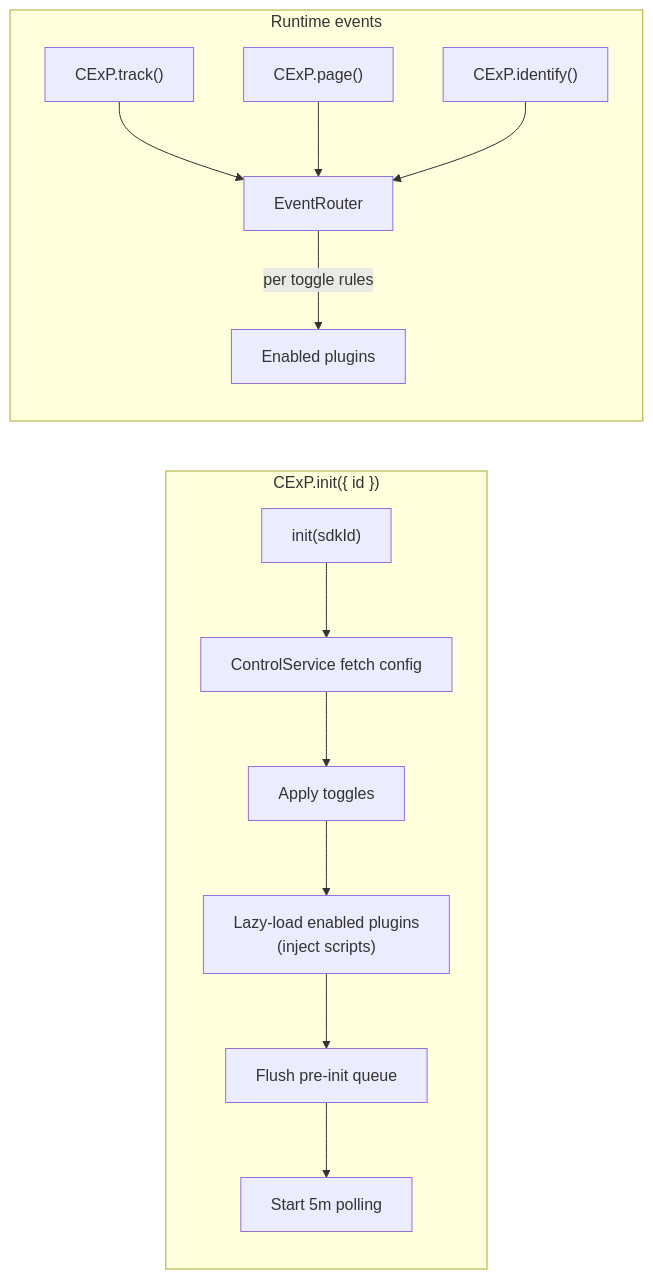
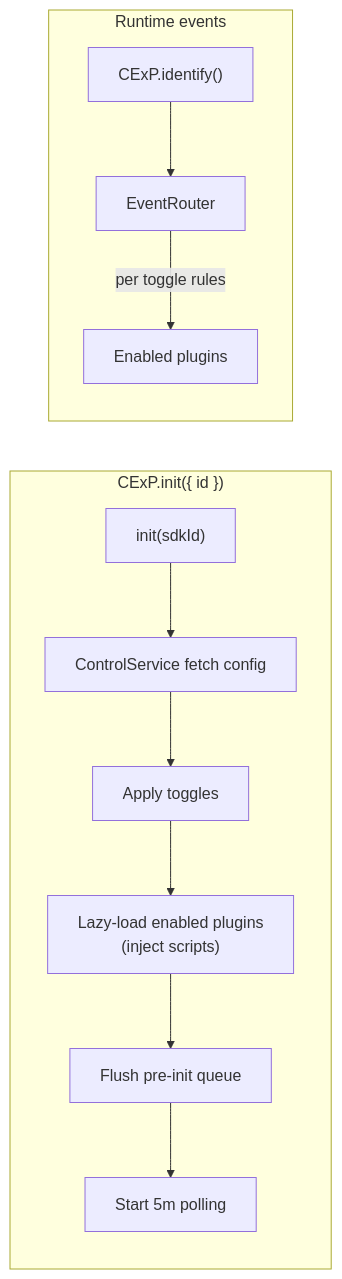
The fifth of 8 diagrams in docs/superpowers/architecture/2026-03-20-cexp-hub-sdk-system-architecture.md (CExP-dev/cexp-hub-sdk), drawn with Mermaid before and after one commit. The commit also changed other lines of this file and 23 other files, not shown here.

````diff
--- a/docs/superpowers/architecture/2026-03-20-cexp-hub-sdk-system-architecture.md
+++ b/docs/superpowers/architecture/2026-03-20-cexp-hub-sdk-system-architecture.md
@@ -148,17 +148,15 @@
 ```mermaid
 flowchart LR
   subgraph initPhase ["CExP.init({ id })"]
     A["init(sdkId)"] --> B[ControlService fetch config]
     B --> C[Apply toggles]
     C --> D["Lazy-load enabled plugins\n(inject scripts)"]
     D --> E[Flush pre-init queue]
     E --> F[Start 5m polling]
   end
 
   subgraph runtimePhase [Runtime events]
-    T["CExP.track()"] --> G[EventRouter]
-    P["CExP.page()"] --> G
-    I["CExP.identify()"] --> G
+    I["CExP.identify()"] --> G[EventRouter]
     G -->|"per toggle rules"| H[Enabled plugins]
   end
 ```
````
